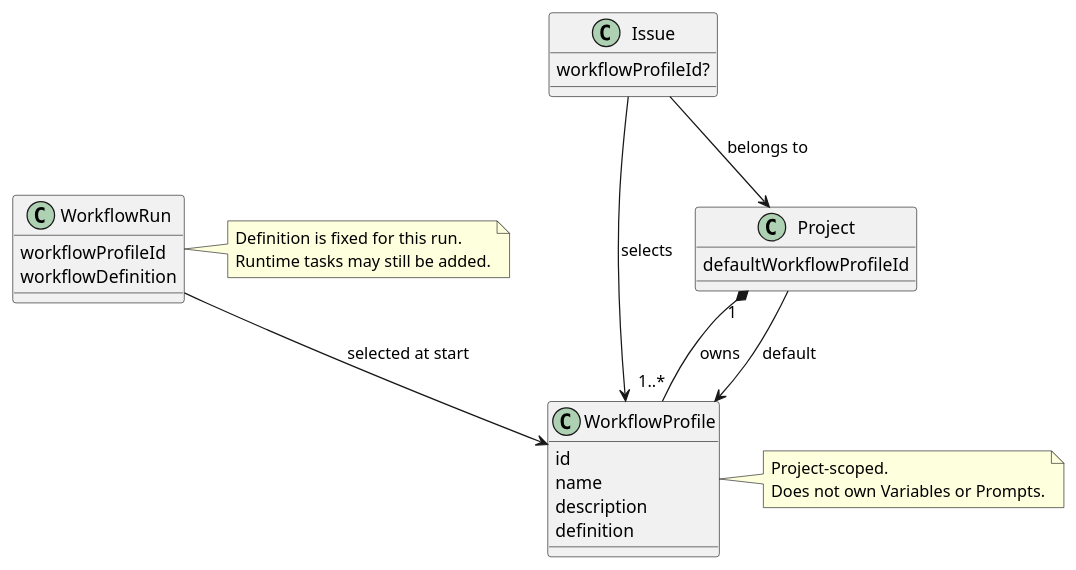
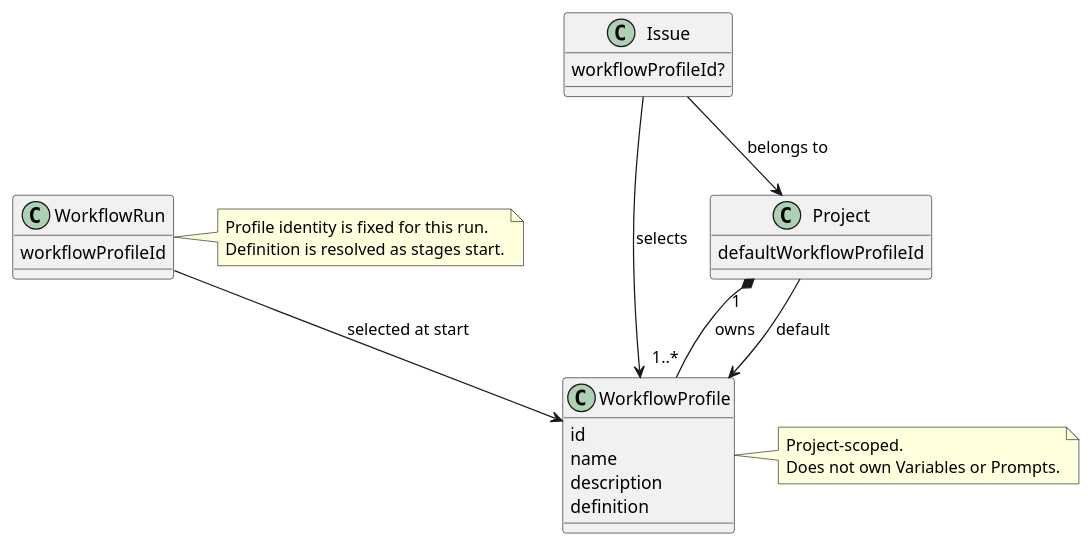
The diagram in design/workflow/profile.md (suraciii/mohist), drawn with PlantUML before and after one commit. The commit also changed other lines of this file and 5 other files, not shown here.

Commit message:
docs(workflow): preserve live profile resolution

````diff
--- a/design/workflow/profile.md
+++ b/design/workflow/profile.md
@@ -18,41 +18,40 @@
 ```plantuml
 @startuml
 skinparam shadowing false
 
 class Project {
   defaultWorkflowProfileId
 }
 
 class WorkflowProfile {
   id
   name
   description
   definition
 }
 
 class Issue {
   workflowProfileId?
 }
 
 class WorkflowRun {
   workflowProfileId
-  workflowDefinition
 }
 
 Project "1" *-- "1..*" WorkflowProfile : owns
 Project --> WorkflowProfile : default
 Issue --> Project : belongs to
 Issue --> WorkflowProfile : selects
 WorkflowRun --> WorkflowProfile : selected at start
 
 note right of WorkflowProfile
   Project-scoped.
   Does not own Variables or Prompts.
 end note
 
 note right of WorkflowRun
-  Definition is fixed for this run.
-  Runtime tasks may still be added.
+  Profile identity is fixed for this run.
+  Definition is resolved as stages start.
 end note
 @enduml
 ```
````
